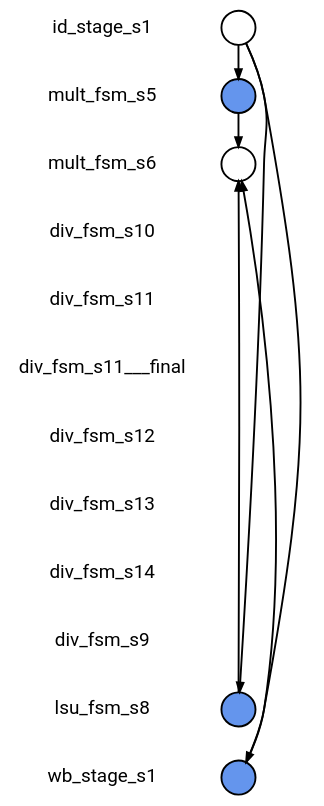
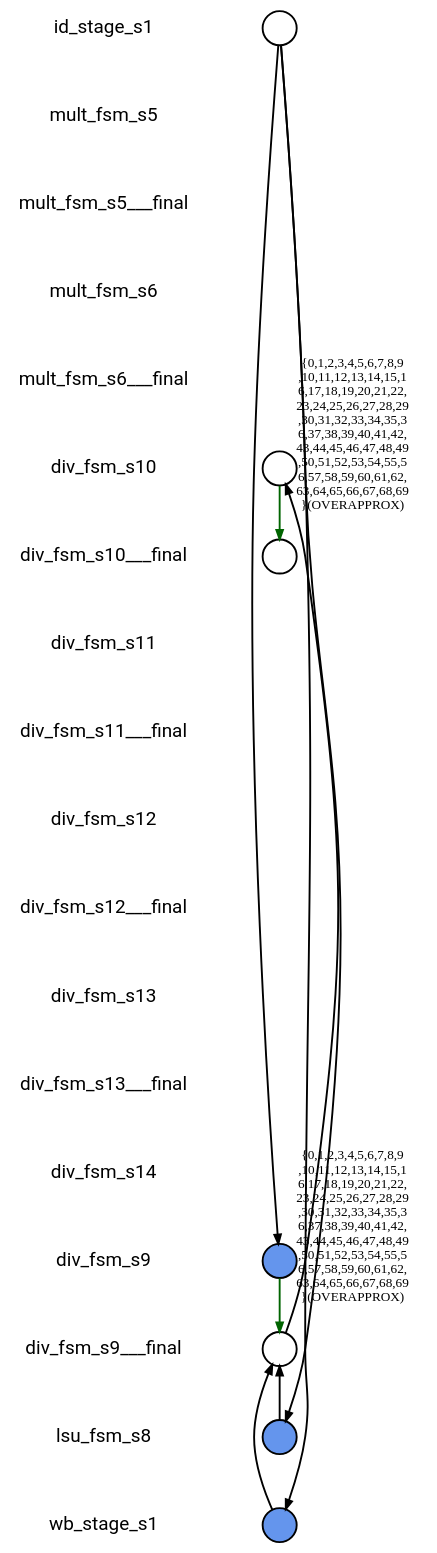
Before and after one commit to naomipark3/SynthLC: the diagram in fv/synthlc/i_MUL_out/xSummarize/nonisograph/com_7_0.dot, drawn with Graphviz. The commit also changed 12067 other files, not shown here.

```diff
--- a/fv/synthlc/i_MUL_out/xSummarize/nonisograph/com_7_0.dot
+++ b/fv/synthlc/i_MUL_out/xSummarize/nonisograph/com_7_0.dot
@@ -1,60 +1,102 @@
 
 digraph G {
     edge [penwidth=2];
     node [ shape=box, fontsize=20, penwidth=2, fontname="roboto"];
     esep=0.5;
     layout=neato;
     overlap=scale;
     splines=true;
 
 l_id_stage_s1 [label="id_stage_s1"; pos="0,-0!"; shape=none];
 
 l_mult_fsm_s5 [label="mult_fsm_s5"; pos="0,-1!"; shape=none];
 
-l_mult_fsm_s6 [label="mult_fsm_s6"; pos="0,-2!"; shape=none];
+l_mult_fsm_s5___final [label="mult_fsm_s5___final"; pos="0,-2!"; shape=none];
 
-l_div_fsm_s10 [label="div_fsm_s10"; pos="0,-3!"; shape=none];
+l_mult_fsm_s6 [label="mult_fsm_s6"; pos="0,-3!"; shape=none];
 
-l_div_fsm_s11 [label="div_fsm_s11"; pos="0,-4!"; shape=none];
+l_mult_fsm_s6___final [label="mult_fsm_s6___final"; pos="0,-4!"; shape=none];
 
-l_div_fsm_s11___final [label="div_fsm_s11___final"; pos="0,-5!"; shape=none];
+l_div_fsm_s10 [label="div_fsm_s10"; pos="0,-5!"; shape=none];
 
-l_div_fsm_s12 [label="div_fsm_s12"; pos="0,-6!"; shape=none];
+l_div_fsm_s10___final [label="div_fsm_s10___final"; pos="0,-6!"; shape=none];
 
-l_div_fsm_s13 [label="div_fsm_s13"; pos="0,-7!"; shape=none];
+l_div_fsm_s11 [label="div_fsm_s11"; pos="0,-7!"; shape=none];
 
-l_div_fsm_s14 [label="div_fsm_s14"; pos="0,-8!"; shape=none];
+l_div_fsm_s11___final [label="div_fsm_s11___final"; pos="0,-8!"; shape=none];
 
-l_div_fsm_s9 [label="div_fsm_s9"; pos="0,-9!"; shape=none];
+l_div_fsm_s12 [label="div_fsm_s12"; pos="0,-9!"; shape=none];
 
-l_lsu_fsm_s8 [label="lsu_fsm_s8"; pos="0,-10!"; shape=none];
+l_div_fsm_s12___final [label="div_fsm_s12___final"; pos="0,-10!"; shape=none];
 
-l_wb_stage_s1 [label="wb_stage_s1"; pos="0,-11!"; shape=none];
+l_div_fsm_s13 [label="div_fsm_s13"; pos="0,-11!"; shape=none];
+
+l_div_fsm_s13___final [label="div_fsm_s13___final"; pos="0,-12!"; shape=none];
+
+l_div_fsm_s14 [label="div_fsm_s14"; pos="0,-13!"; shape=none];
+
+l_div_fsm_s9 [label="div_fsm_s9"; pos="0,-14!"; shape=none];
+
+l_div_fsm_s9___final [label="div_fsm_s9___final"; pos="0,-15!"; shape=none];
+
+l_lsu_fsm_s8 [label="lsu_fsm_s8"; pos="0,-16!"; shape=none];
+
+l_wb_stage_s1 [label="wb_stage_s1"; pos="0,-17!"; shape=none];
 
 n_id_stage_s1 [label=""; pos="2,-0!"; shape=circle ]; 
 
 
-n_mult_fsm_s5 [style=filled, color=black, fillcolor="#6495ED", label=""; pos="2,-1!"; shape=circle ]; 
+n_div_fsm_s10 [label=""; pos="2,-5!"; shape=circle ]; 
 
 
-n_mult_fsm_s6 [label=""; pos="2,-2!"; shape=circle ]; 
+n_div_fsm_s9 [style=filled, color=black, fillcolor="#6495ED", label=""; pos="2,-14!"; shape=circle ]; 
 
 
-n_lsu_fsm_s8 [style=filled, color=black, fillcolor="#6495ED", label=""; pos="2,-10!"; shape=circle ]; 
+n_lsu_fsm_s8 [style=filled, color=black, fillcolor="#6495ED", label=""; pos="2,-16!"; shape=circle ]; 
 
 
-n_wb_stage_s1 [style=filled, color=black, fillcolor="#6495ED", label=""; pos="2,-11!"; shape=circle ]; 
+n_wb_stage_s1 [style=filled, color=black, fillcolor="#6495ED", label=""; pos="2,-17!"; shape=circle ]; 
 
+
+n_div_fsm_s10___final [label=""; pos="2,-6!"; shape=circle ]; 
+
+
+n_div_fsm_s9___final [label=""; pos="2,-15!"; shape=circle ]; 
+
+
+n_id_stage_s1 -> n_wb_stage_s1 [color="black"];
 
 n_id_stage_s1 -> n_lsu_fsm_s8 [color="black"];
 
-n_id_stage_s1 -> n_wb_stage_s1 [color="black"];
+n_id_stage_s1 -> n_div_fsm_s9 [color="black"];
 
-n_id_stage_s1 -> n_mult_fsm_s5 [color="black"];
+n_div_fsm_s10 -> n_div_fsm_s10___final [color="#006400", label="{0,1,2,3,4,5,6,7,8,9
+,10,11,12,13,14,15,1
+6,17,18,19,20,21,22,
+23,24,25,26,27,28,29
+,30,31,32,33,34,35,3
+6,37,38,39,40,41,42,
+43,44,45,46,47,48,49
+,50,51,52,53,54,55,5
+6,57,58,59,60,61,62,
+63,64,65,66,67,68,69
+}(OVERAPPROX)"];
 
-n_mult_fsm_s5 -> n_mult_fsm_s6 [color="black"];
+n_div_fsm_s9 -> n_div_fsm_s9___final [color="#006400", label="{0,1,2,3,4,5,6,7,8,9
+,10,11,12,13,14,15,1
+6,17,18,19,20,21,22,
+23,24,25,26,27,28,29
+,30,31,32,33,34,35,3
+6,37,38,39,40,41,42,
+43,44,45,46,47,48,49
+,50,51,52,53,54,55,5
+6,57,58,59,60,61,62,
+63,64,65,66,67,68,69
+}(OVERAPPROX)"];
 
-n_lsu_fsm_s8 -> n_mult_fsm_s6 [color="black"];
+n_lsu_fsm_s8 -> n_div_fsm_s9___final [color="black"];
 
-n_wb_stage_s1 -> n_mult_fsm_s6 [color="black"];
+n_wb_stage_s1 -> n_div_fsm_s9___final [color="black"];
+
+n_div_fsm_s9___final -> n_div_fsm_s10 [color="black"];
 }
```
